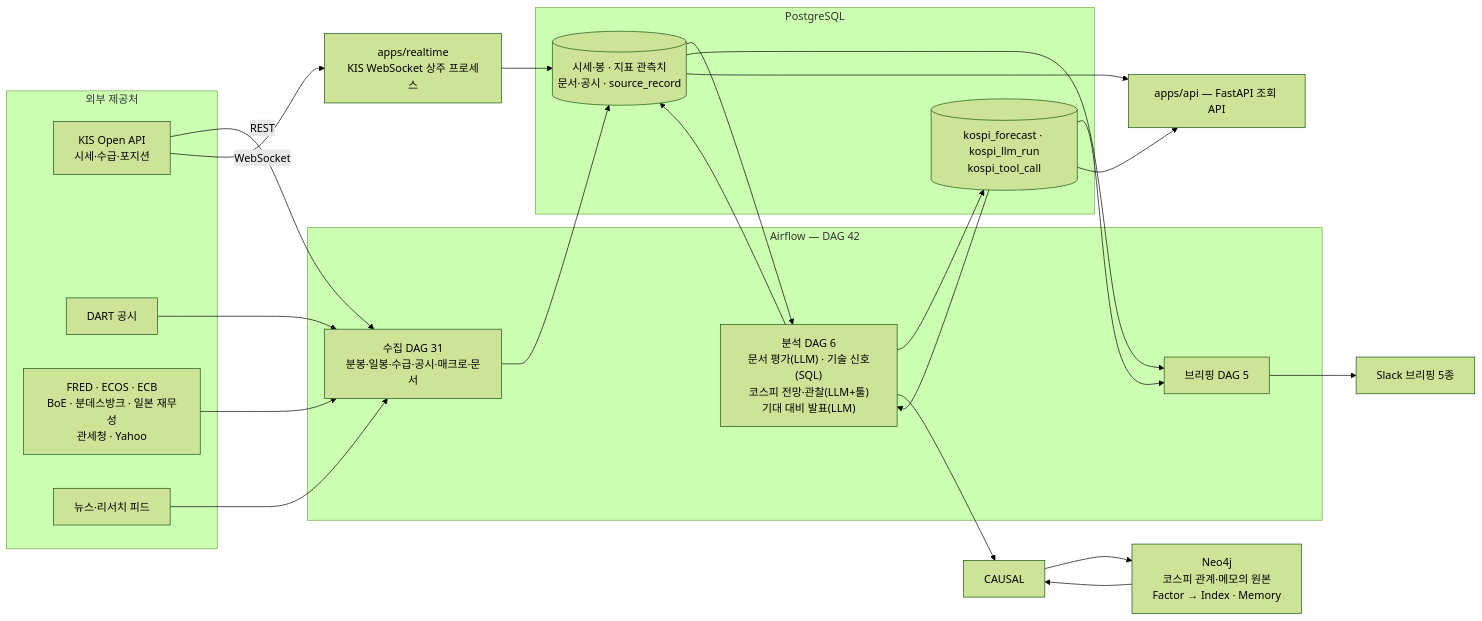
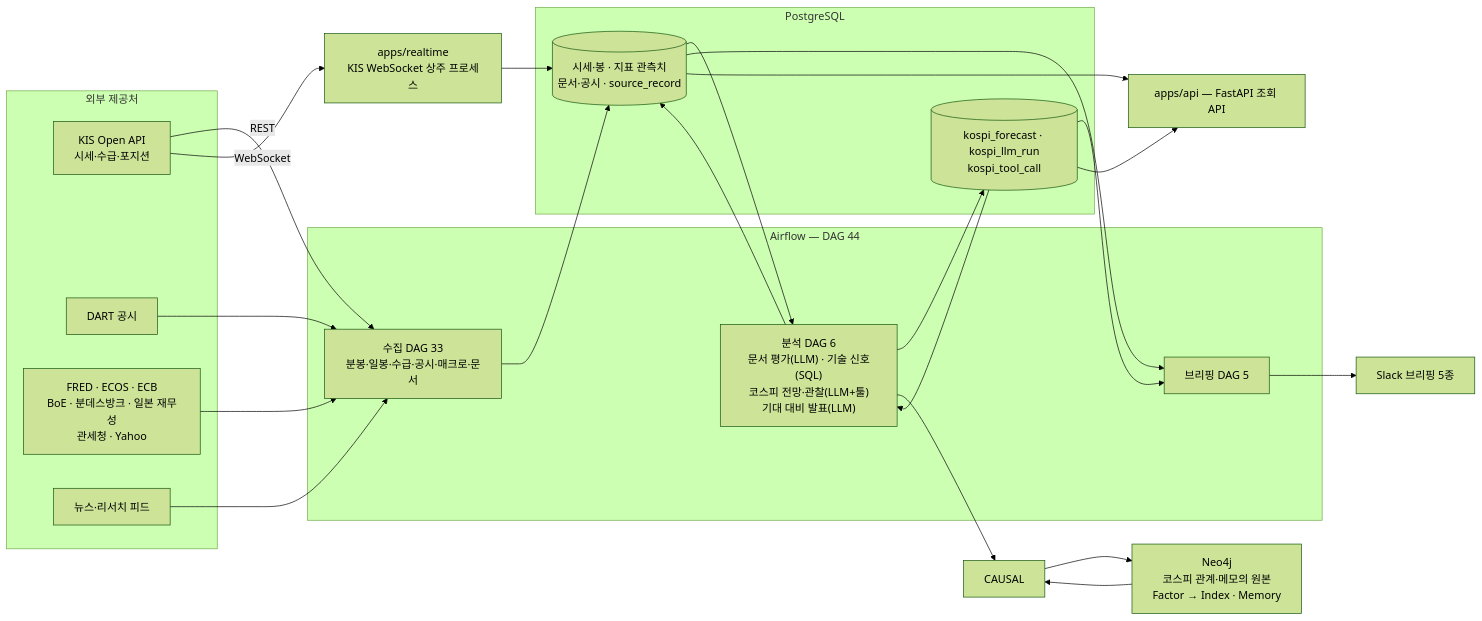
The diagram in README.md (6691a/finance), drawn with Mermaid (forest theme) before and after one commit. The commit also changed other lines of this file and 11 other files, not shown here.

````diff
--- a/README.md
+++ b/README.md
@@ -29,49 +29,49 @@
 ```mermaid
 flowchart LR
     subgraph EXT["외부 제공처"]
         KIS["KIS Open API<br/>시세·수급·포지션"]
         DART["DART 공시"]
         MACRO["FRED · ECOS · ECB<br/>BoE · 분데스방크 · 일본 재무성<br/>관세청 · Yahoo"]
         FEED["뉴스·리서치 피드"]
     end
 
-    subgraph AF["Airflow — DAG 42"]
-        COL["수집 DAG 31<br/>분봉·일봉·수급·공시·매크로·문서"]
+    subgraph AF["Airflow — DAG 44"]
+        COL["수집 DAG 33<br/>분봉·일봉·수급·공시·매크로·문서"]
         ANA["분석 DAG 6<br/>문서 평가(LLM) · 기술 신호(SQL)<br/>코스피 전망·관찰(LLM+툴)<br/>기대 대비 발표(LLM)"]
         BRF["브리핑 DAG 5"]
     end
 
     RT["apps/realtime<br/>KIS WebSocket 상주 프로세스"]
 
     subgraph DB["PostgreSQL"]
         FACT[("시세·봉 · 지표 관측치<br/>문서·공시 · source_record")]
         THESIS[("kospi_forecast · kospi_llm_run<br/>kospi_tool_call")]
     end
 
     GRAPH["Neo4j<br/>코스피 관계·메모의 원본<br/>Factor → Index · Memory"]
 
     SLACK["Slack 브리핑 5종"]
     API["apps/api — FastAPI 조회 API"]
 
     KIS -->|REST| COL
     DART --> COL
     MACRO --> COL
     FEED --> COL
     KIS -->|WebSocket| RT
 
     COL --> FACT
     RT --> FACT
     FACT --> ANA
     ANA --> FACT
     ANA --> THESIS
     THESIS --> ANA
     ANA --> CAUSAL
     CAUSAL --> GRAPH
     GRAPH --> CAUSAL
 
     FACT --> BRF
     THESIS --> BRF
     BRF --> SLACK
     THESIS --> API
     FACT --> API
 ```
````
